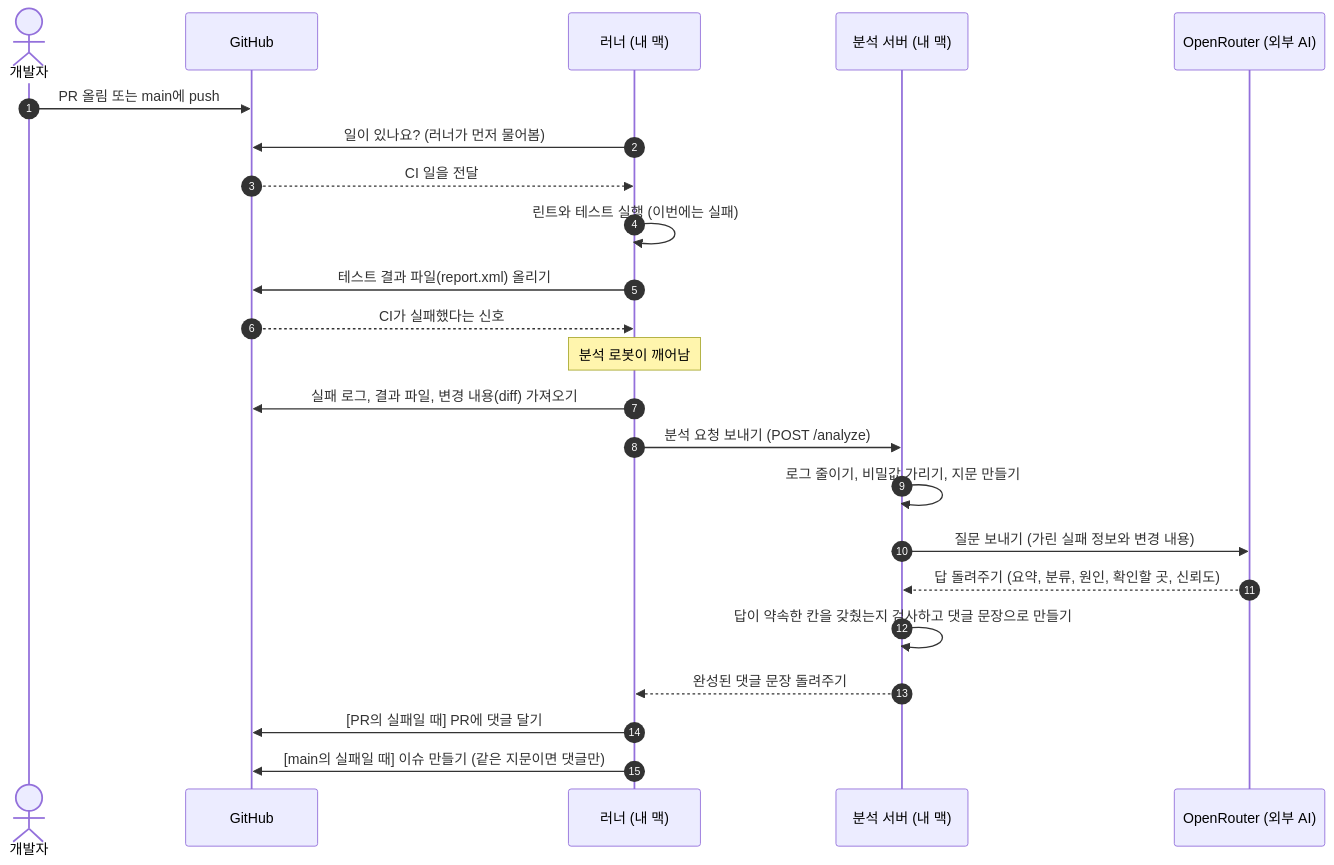
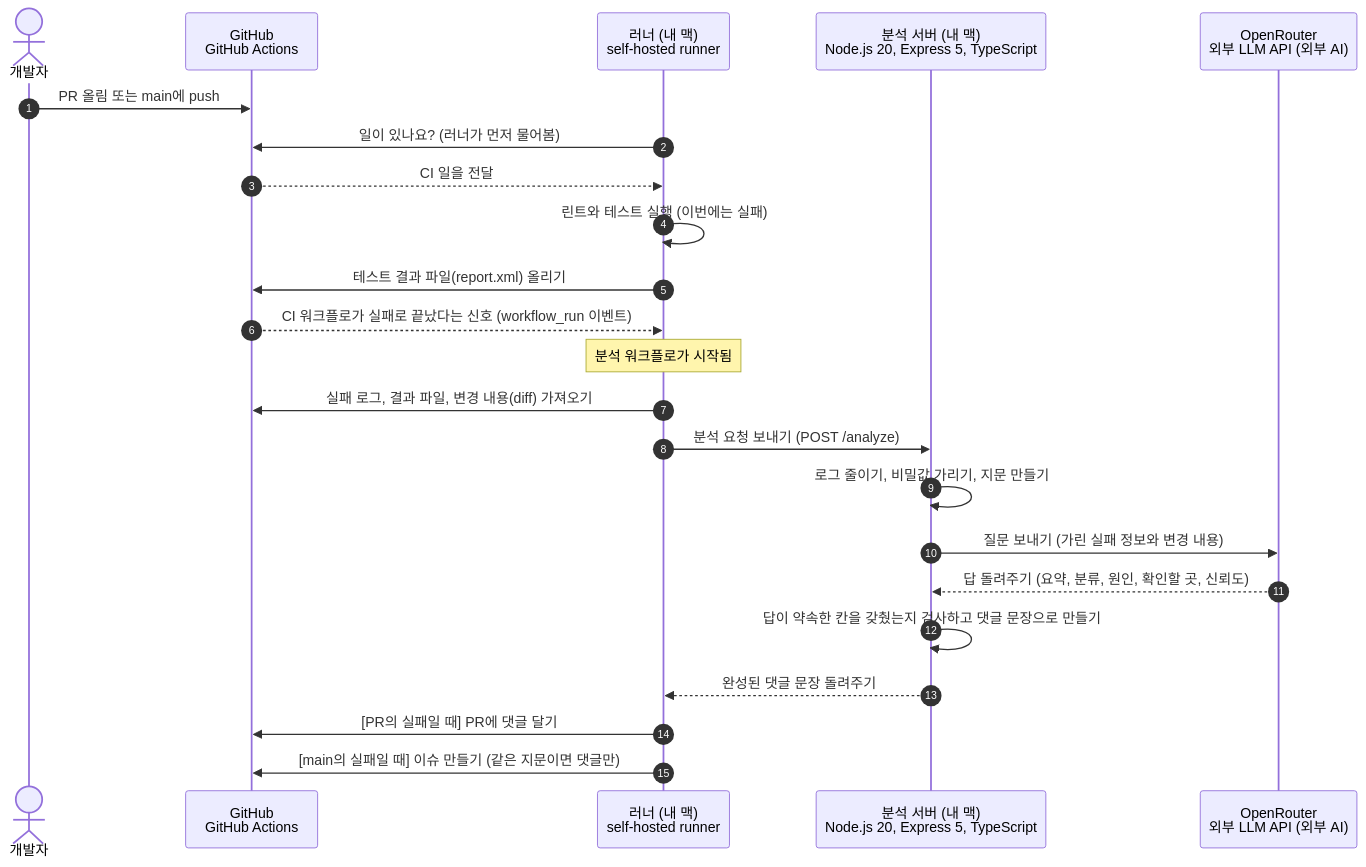
One commit to 7inug1/ci-failure-analyzer changed the first of 2 diagrams in docs/architecture.md. Above: the diagram before and after it, drawn with Mermaid. The commit also changed other lines of this file and 2 other files, not shown here.

````diff
--- a/docs/architecture.md
+++ b/docs/architecture.md
@@ -28,26 +51,26 @@
 ```mermaid
 sequenceDiagram
     autonumber
     actor Dev as 개발자
-    participant GH as GitHub
-    participant R as 러너 (내 맥)
-    participant S as 분석 서버 (내 맥)
-    participant AI as OpenRouter (외부 AI)
+    participant GH as GitHub<br/>GitHub Actions
+    participant R as 러너 (내 맥)<br/>self-hosted runner
+    participant S as 분석 서버 (내 맥)<br/>Node.js 20, Express 5, TypeScript
+    participant AI as OpenRouter<br/>외부 LLM API (외부 AI)
 
     Dev->>GH: PR 올림 또는 main에 push
     R->>GH: 일이 있나요? (러너가 먼저 물어봄)
     GH-->>R: CI 일을 전달
     R->>R: 린트와 테스트 실행 (이번에는 실패)
     R->>GH: 테스트 결과 파일(report.xml) 올리기
-    GH-->>R: CI가 실패했다는 신호
-    Note over R: 분석 로봇이 깨어남
+    GH-->>R: CI 워크플로가 실패로 끝났다는 신호 (workflow_run 이벤트)
+    Note over R: 분석 워크플로가 시작됨
     R->>GH: 실패 로그, 결과 파일, 변경 내용(diff) 가져오기
     R->>S: 분석 요청 보내기 (POST /analyze)
     S->>S: 로그 줄이기, 비밀값 가리기, 지문 만들기
     S->>AI: 질문 보내기 (가린 실패 정보와 변경 내용)
     AI-->>S: 답 돌려주기 (요약, 분류, 원인, 확인할 곳, 신뢰도)
     S->>S: 답이 약속한 칸을 갖췄는지 검사하고 댓글 문장으로 만들기
     S-->>R: 완성된 댓글 문장 돌려주기
     R->>GH: [PR의 실패일 때] PR에 댓글 달기
     R->>GH: [main의 실패일 때] 이슈 만들기 (같은 지문이면 댓글만)
 ```
````
